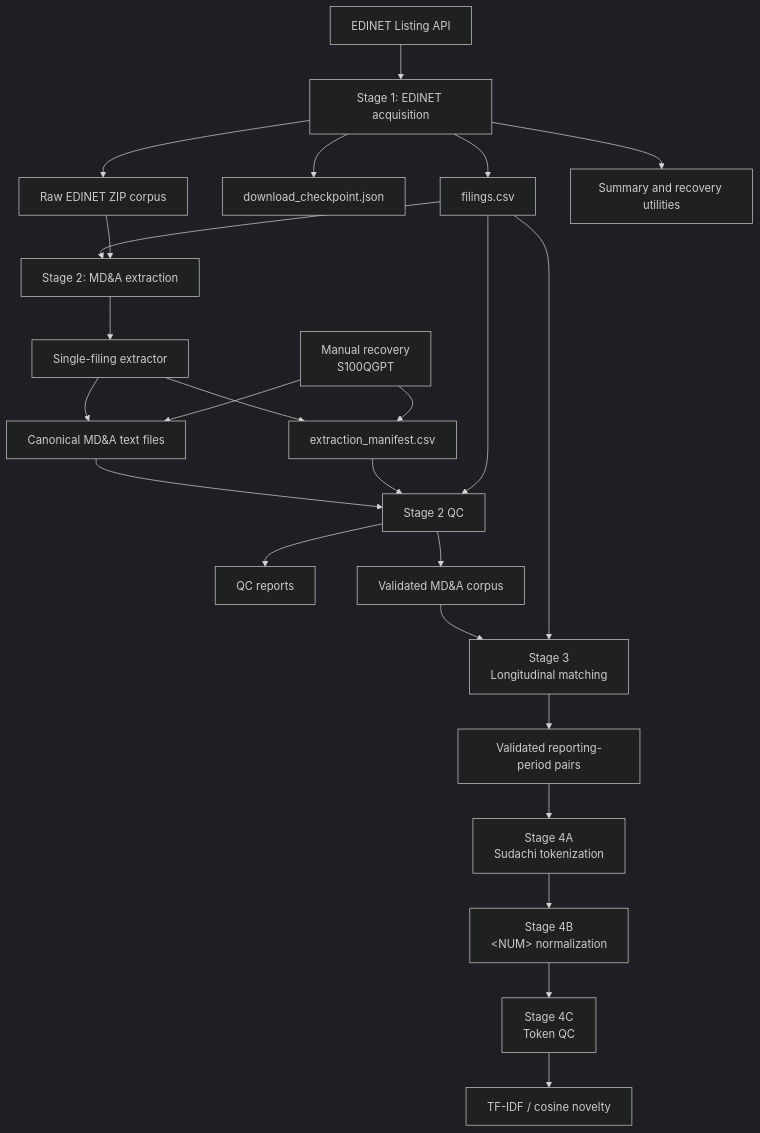
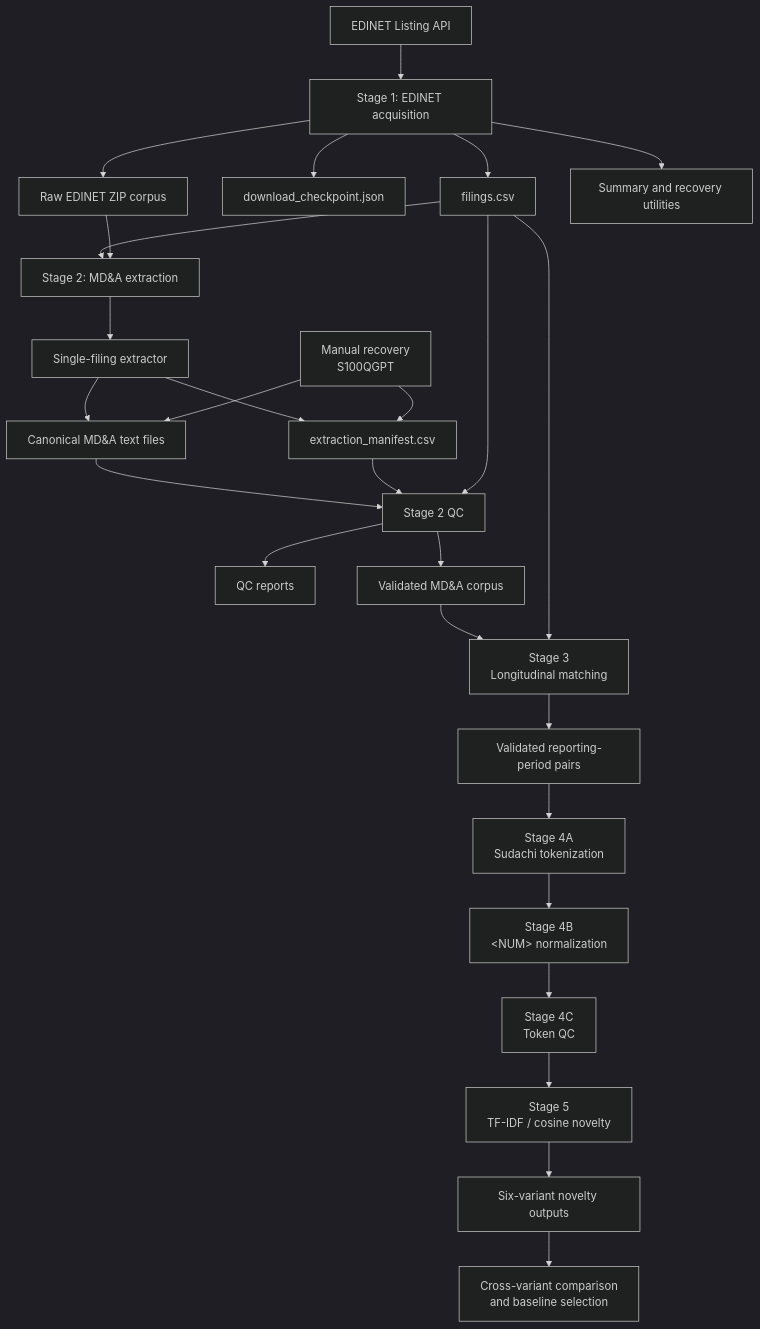
Before and after one commit to markblefevre/phd_research_pipeline: the first of 6 diagrams in docs/paper2/pipeline_overview.md, drawn with Mermaid (dark theme). The commit also changed other lines of this file and 2 other files, not shown here.

````diff
--- a/docs/paper2/pipeline_overview.md
+++ b/docs/paper2/pipeline_overview.md
@@ -18,35 +19,37 @@
 ```mermaid
 flowchart TD
 
     A[EDINET Listing API] --> B[Stage 1: EDINET acquisition]
 
     B --> C[filings.csv]
     B --> D[download_checkpoint.json]
     B --> E[Raw EDINET ZIP corpus]
     B --> F[Summary and recovery utilities]
 
     C --> G[Stage 2: MD&A extraction]
     E --> G
 
     G --> H[Single-filing extractor]
     H --> I[Canonical MD&A text files]
     H --> J[extraction_manifest.csv]
 
     I --> K[Stage 2 QC]
     J --> K
     C --> K
 
     K --> L[QC reports]
     K --> M[Validated MD&A corpus]
 
     N[Manual recovery<br/>S100QGPT] --> I
     N --> J
 
     M --> O[Stage 3<br/>Longitudinal matching]
     C --> O
     O --> P[Validated reporting-period pairs]
     P --> Q[Stage 4A<br/>Sudachi tokenization]
     Q --> R[Stage 4B<br/>&lt;NUM&gt; normalization]
     R --> S[Stage 4C<br/>Token QC]
-    S --> T[TF-IDF / cosine novelty]
+    S --> T[Stage 5<br/>TF-IDF / cosine novelty]
+    T --> U[Six-variant novelty outputs]
+    U --> V[Cross-variant comparison<br/>and baseline selection]
 ```
````
